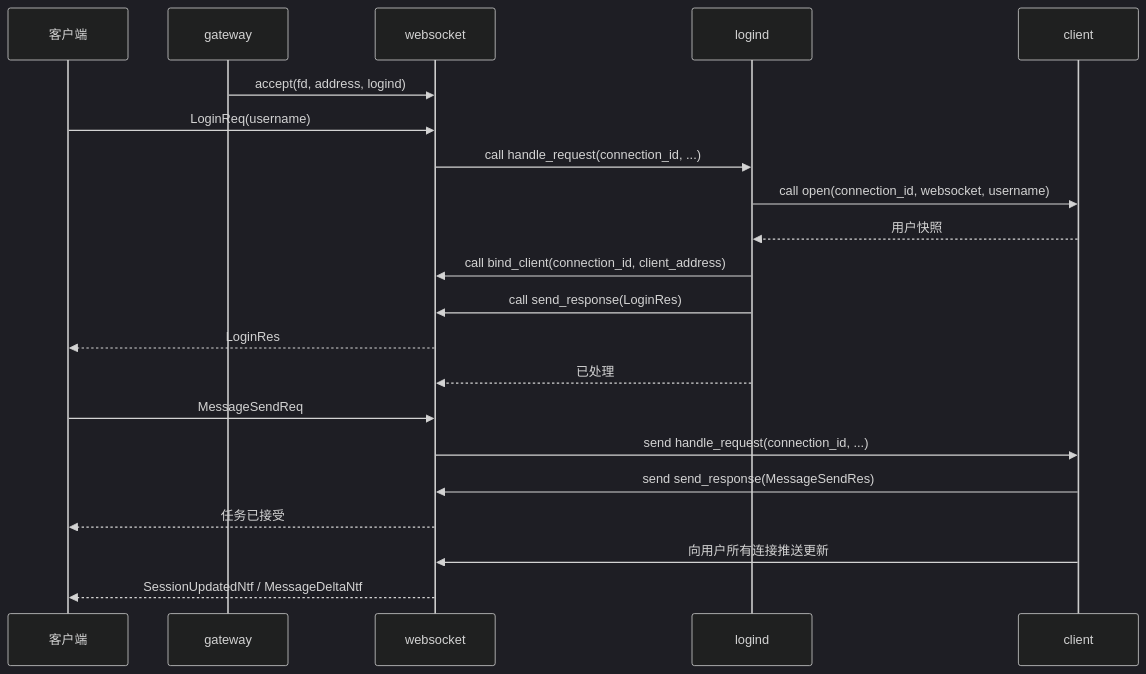
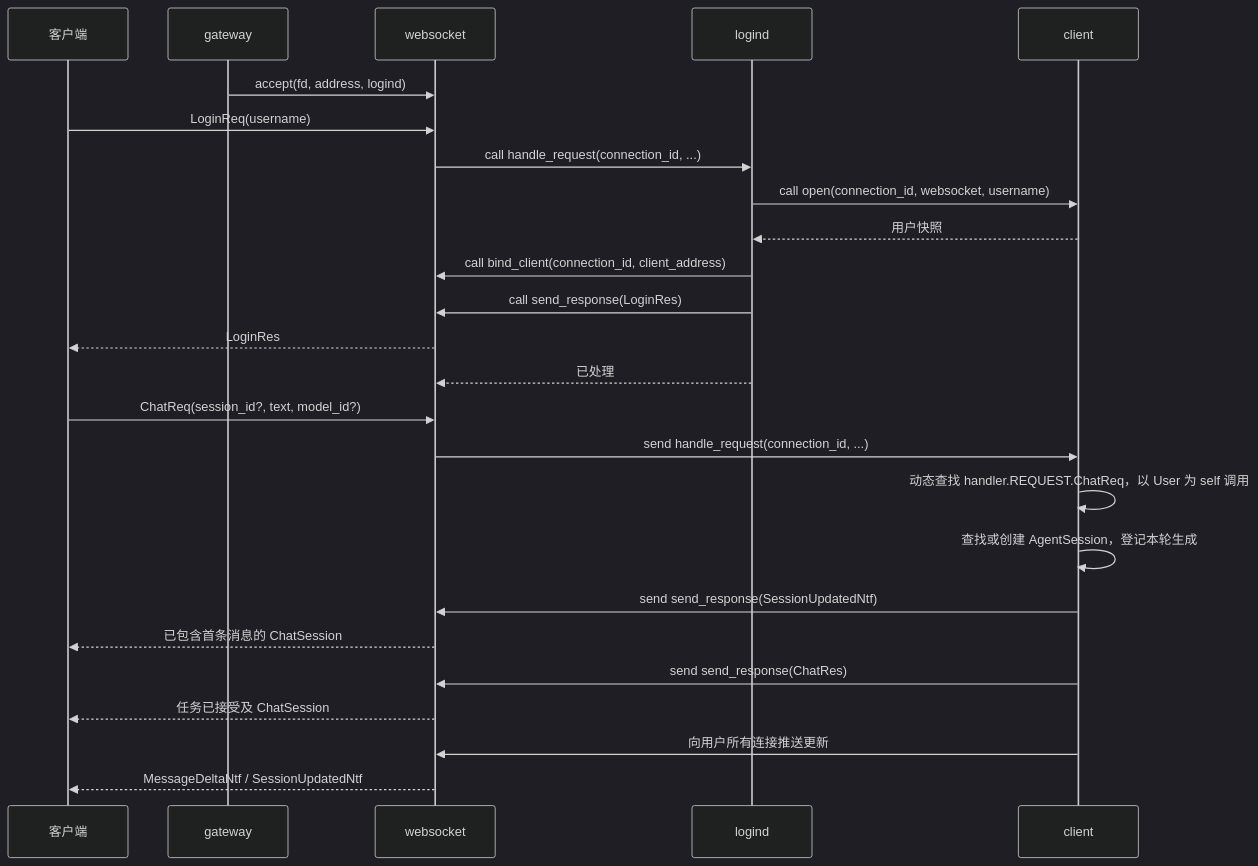
One commit to dingdalong/skynet_agent changed the second of 2 diagrams in docs/architecture/AGENT_GATEWAY.md. Above: the diagram before and after it, drawn with Mermaid (dark theme). The commit also changed other lines of this file and 60 other files, not shown here.

````diff
--- a/docs/architecture/AGENT_GATEWAY.md
+++ b/docs/architecture/AGENT_GATEWAY.md
@@ -115,23 +122,27 @@
 ```mermaid
 sequenceDiagram
     participant C as 客户端
     participant G as gateway
     participant W as websocket
     participant L as logind
     participant A as client
     G->>W: accept(fd, address, logind)
     C->>W: LoginReq(username)
     W->>L: call handle_request(connection_id, ...)
     L->>A: call open(connection_id, websocket, username)
     A-->>L: 用户快照
     L->>W: call bind_client(connection_id, client_address)
     L->>W: call send_response(LoginRes)
     W-->>C: LoginRes
     L-->>W: 已处理
-    C->>W: MessageSendReq
+    C->>W: ChatReq(session_id?, text, model_id?)
     W->>A: send handle_request(connection_id, ...)
-    A->>W: send send_response(MessageSendRes)
-    W-->>C: 任务已接受
+    A->>A: 动态查找 handler.REQUEST.ChatReq，以 User 为 self 调用
+    A->>A: 查找或创建 AgentSession，登记本轮生成
+    A->>W: send send_response(SessionUpdatedNtf)
+    W-->>C: 已包含首条消息的 ChatSession
+    A->>W: send send_response(ChatRes)
+    W-->>C: 任务已接受及 ChatSession
     A->>W: 向用户所有连接推送更新
-    W-->>C: SessionUpdatedNtf / MessageDeltaNtf
+    W-->>C: MessageDeltaNtf / SessionUpdatedNtf
 ```
````
